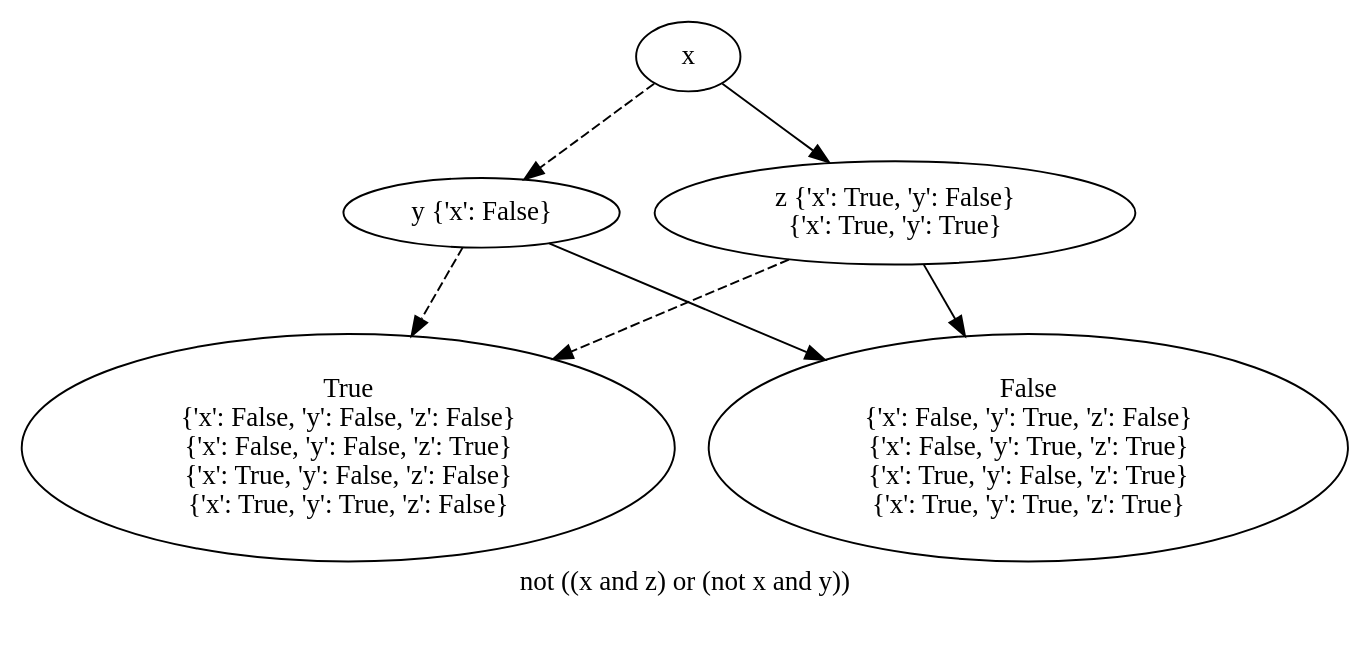
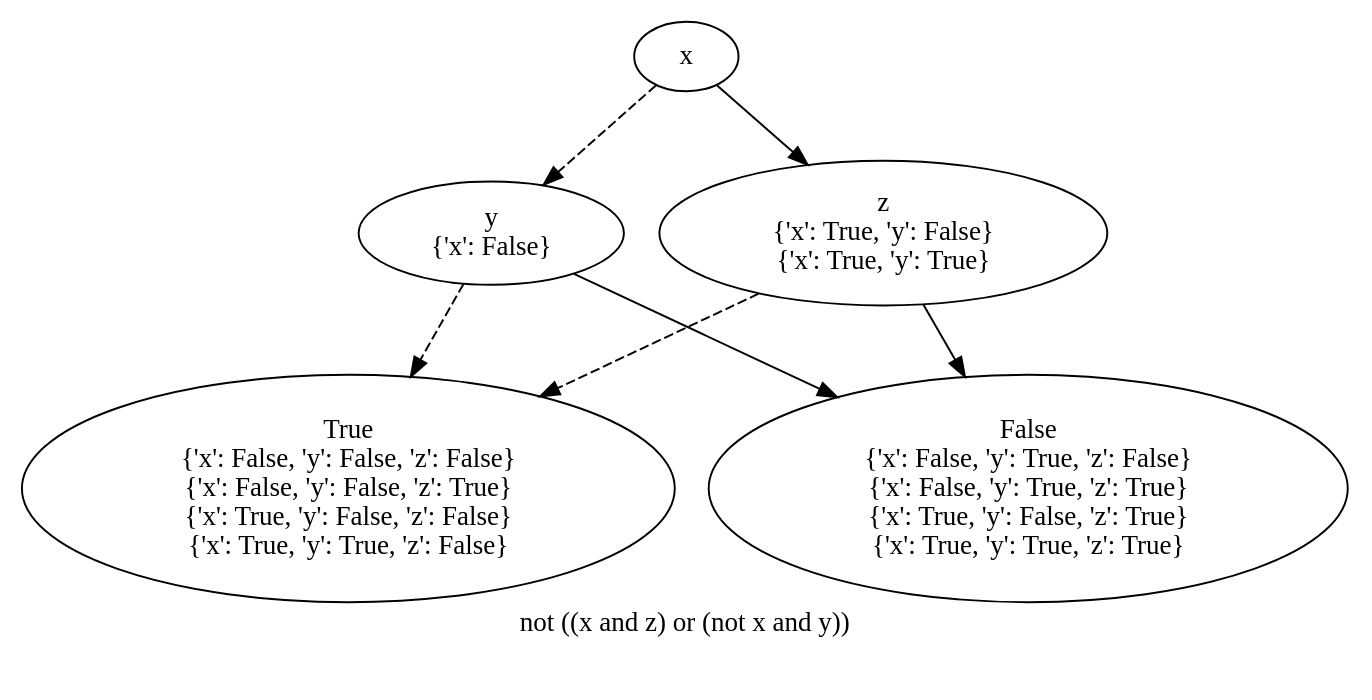
Before and after one commit to O1ez/IncreasingResilienceOfAutomatedVehicles: the diagram in out/end_3_bdd_not_uo.dot, drawn with Graphviz. The commit also changed 20 other files, not shown here.

```diff
--- a/out/end_3_bdd_not_uo.dot
+++ b/out/end_3_bdd_not_uo.dot
@@ -1,32 +1,34 @@
 digraph{
 label="not ((x and z) or (not x and y))\n\n"
-1889826372432[label=x]1889826371536[label="y {'x': False}"]
-1889826372432 -> 1889826371536[style=dashed]
-1889826372048[label="True
+2996655536112[label=x]2996655536592[label="y
+{'x': False}"]
+2996655536112 -> 2996655536592[style=dashed label="" fontcolor = gray]
+2996655536432[label="True
 {'x': False, 'y': False, 'z': False}
 {'x': False, 'y': False, 'z': True}
 {'x': True, 'y': False, 'z': False}
 {'x': True, 'y': True, 'z': False}"]
-1889826371536 -> 1889826372048[style=dashed]
-1889826371920[label="False
+2996655536592 -> 2996655536432[style=dashed label="" fontcolor = gray]
+2996655534512[label="False
 {'x': False, 'y': True, 'z': False}
 {'x': False, 'y': True, 'z': True}
 {'x': True, 'y': False, 'z': True}
 {'x': True, 'y': True, 'z': True}"]
-1889826371536 -> 1889826371920
-1889826372688[label="z {'x': True, 'y': False}
+2996655536592 -> 2996655534512 [label="" fontcolor = gray]
+2996655535952[label="z
+{'x': True, 'y': False}
 {'x': True, 'y': True}"]
-1889826372432 -> 1889826372688
-1889826372048[label="True
+2996655536112 -> 2996655535952 [label="" fontcolor = gray]
+2996655536432[label="True
 {'x': False, 'y': False, 'z': False}
 {'x': False, 'y': False, 'z': True}
 {'x': True, 'y': False, 'z': False}
 {'x': True, 'y': True, 'z': False}"]
-1889826372688 -> 1889826372048[style=dashed]
-1889826371920[label="False
+2996655535952 -> 2996655536432[style=dashed label="" fontcolor = gray]
+2996655534512[label="False
 {'x': False, 'y': True, 'z': False}
 {'x': False, 'y': True, 'z': True}
 {'x': True, 'y': False, 'z': True}
 {'x': True, 'y': True, 'z': True}"]
-1889826372688 -> 1889826371920
+2996655535952 -> 2996655534512 [label="" fontcolor = gray]
 }
```
